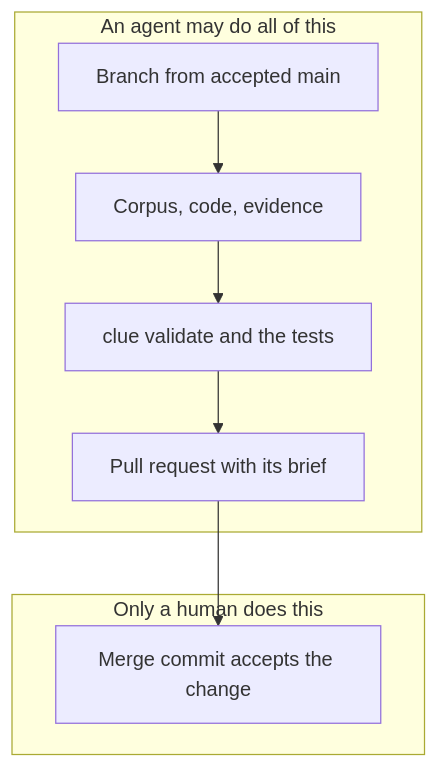
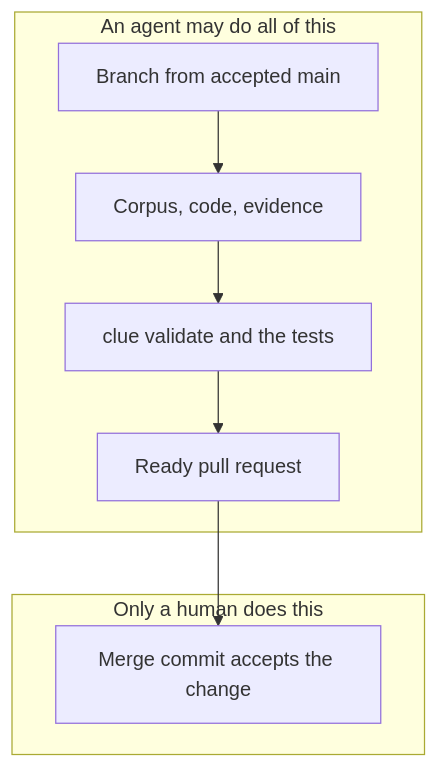
Before and after one commit to cliewen/cliewen: the second of 2 diagrams in guide/what-is-cliewen.md, drawn with Mermaid. The commit also changed other lines of this file and 73 other files, not shown here.

````diff
--- a/guide/what-is-cliewen.md
+++ b/guide/what-is-cliewen.md
@@ -58,12 +58,12 @@
 ```mermaid
 graph TD
   subgraph "An agent may do all of this"
     B["Branch from accepted main"] --> W["Corpus, code, evidence"]
     W --> V["clue validate and the tests"]
-    V --> P["Pull request with its brief"]
+    V --> P["Ready pull request"]
   end
   subgraph "Only a human does this"
     M["Merge commit accepts the change"]
   end
   P --> M
 ```
````
